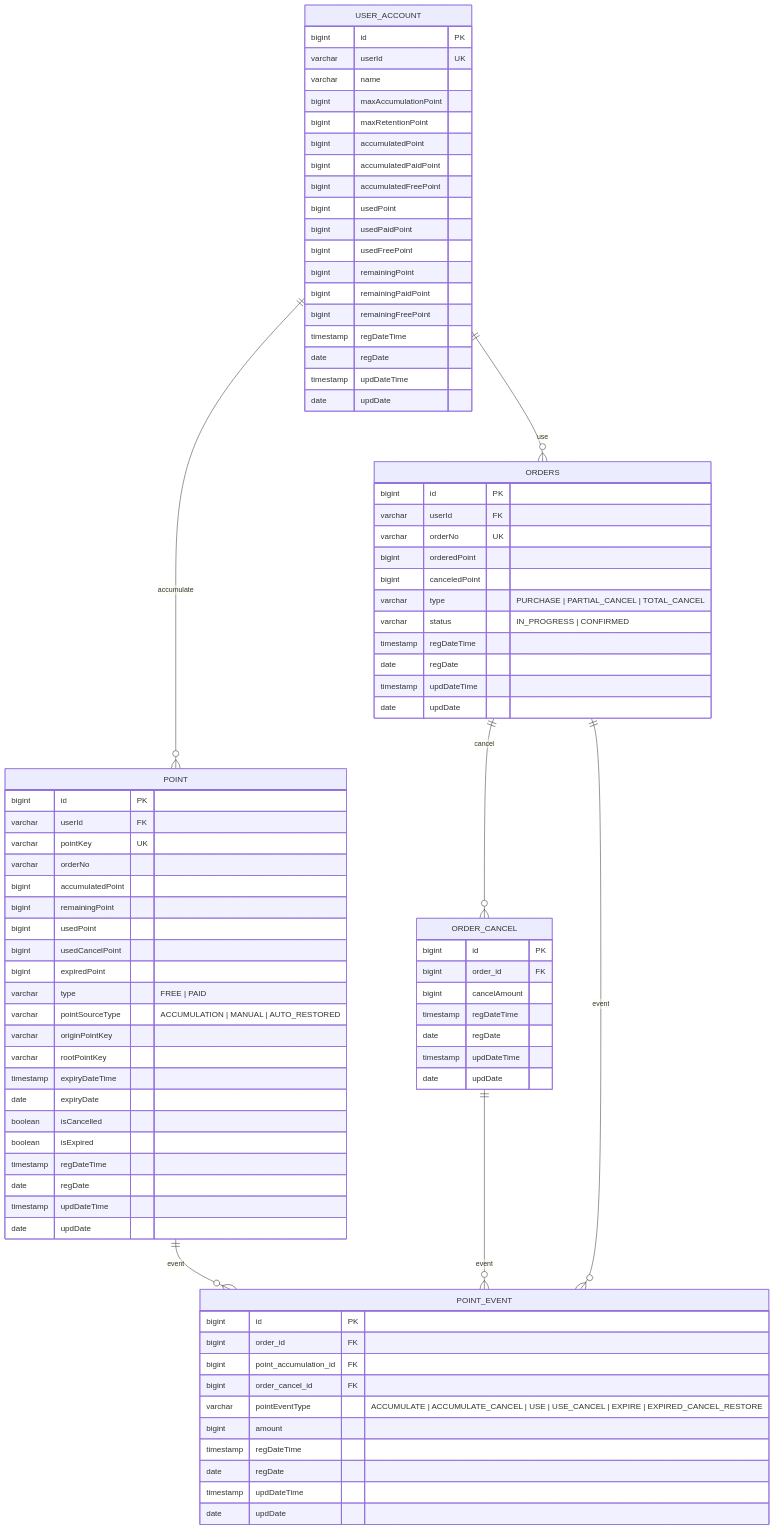
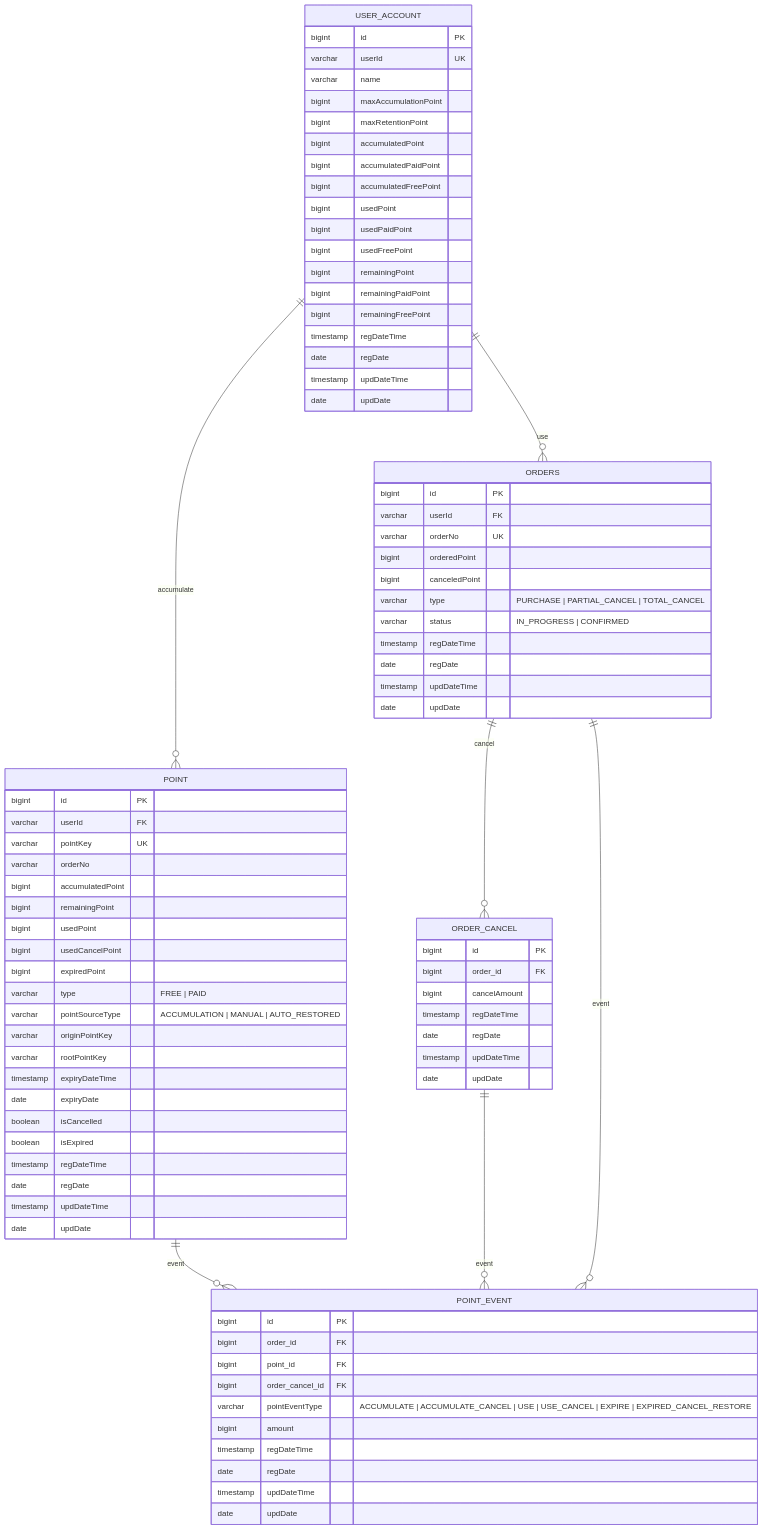
The diagram in docs/데이터베이스 설계.md (muzzaiwork/point), drawn with Mermaid before and after one commit. The commit also changed other lines of this file and 5 other files, not shown here.

````diff
--- a/docs/데이터베이스 설계.md
+++ b/docs/데이터베이스 설계.md
@@ -88,7 +100,7 @@
     POINT_EVENT {
         bigint id PK
         bigint order_id FK
-        bigint point_accumulation_id FK
+        bigint point_id FK
         bigint order_cancel_id FK
         varchar pointEventType "ACCUMULATE | ACCUMULATE_CANCEL | USE | USE_CANCEL | EXPIRE | EXPIRED_CANCEL_RESTORE"
         bigint amount
@@ -97,5 +109,4 @@
         timestamp updDateTime
         date updDate
     }
-
 ```
````
